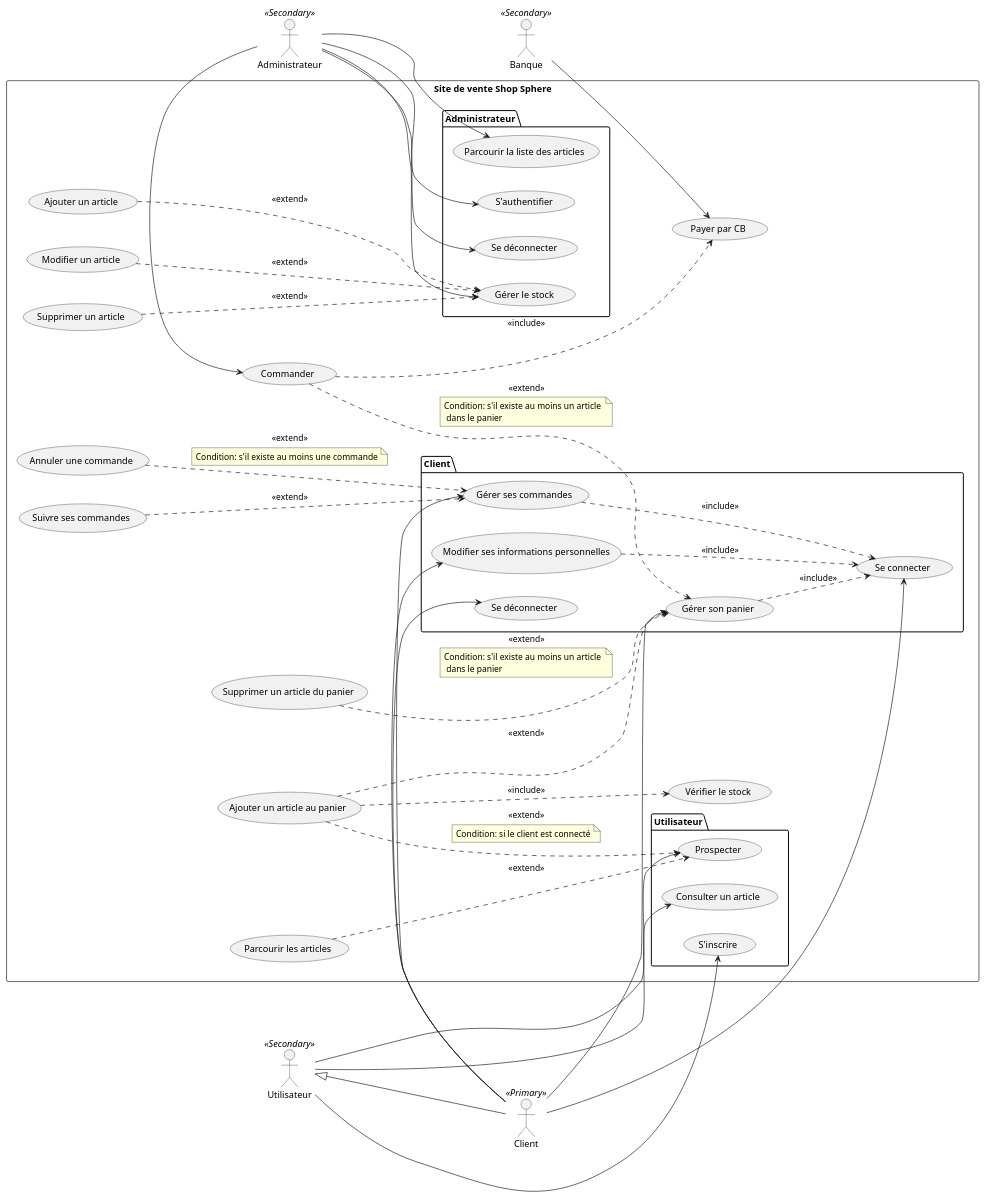
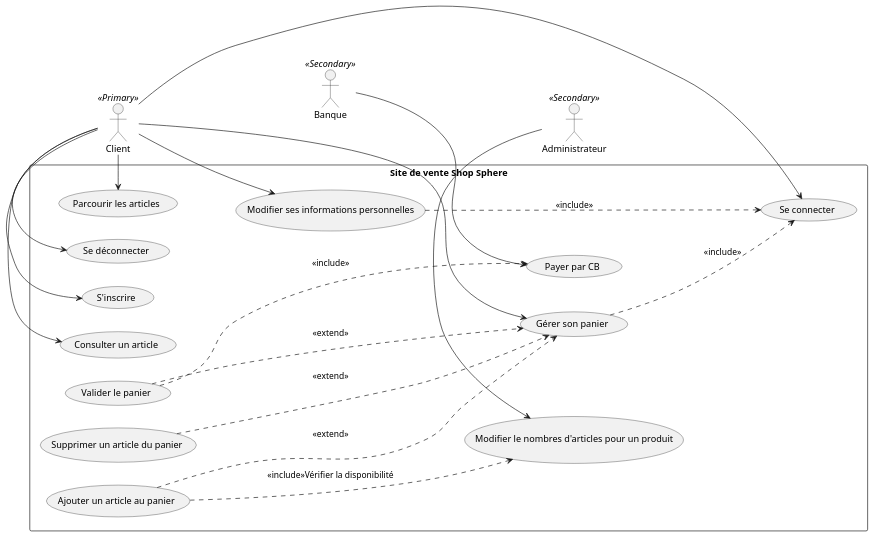
The diagram in diagrams/usecase/UseCase.puml (achrafZer/shop-sphere-backend), drawn with PlantUML before and after one commit.

Commit message:
feat : changed use-case diagram as discussed in the MR

```diff
--- a/diagrams/usecase/UseCase.puml
+++ b/diagrams/usecase/UseCase.puml
@@ -1,81 +1,49 @@
 @startuml
-
 left to right direction
 
-actor Utilisateur <<Secondary>> as User
 actor Client <<Primary>> as Customer
 actor Administrateur <<Secondary>> as Admin
 actor Banque <<Secondary>> as Bank
 
-User <|-- Customer
 
 rectangle "Site de vente Shop Sphere" {
-    package Utilisateur {
         usecase "S'inscrire" as UC1
         usecase "Consulter un article" as UC2
-        usecase "Prospecter" as UC3
-    }
     usecase "Parcourir les articles" as UC4
-    package Client {
-        usecase "Se connecter" as UC5
-        usecase "Se déconnecter" as UC6
-        usecase "Modifier ses informations personnelles" as UC7
-        usecase "Gérer ses commandes" as UC8
-        usecase "Gérer son panier" as UC9
-    }
-    usecase "Suivre ses commandes" as UC10
-    usecase "Annuler une commande" as UC11
+    usecase "Se connecter" as UC5
+    usecase "Se déconnecter" as UC6
+    usecase "Modifier ses informations personnelles" as UC7
+    usecase "Gérer son panier" as UC9
     usecase "Ajouter un article au panier" as UC12
     usecase "Supprimer un article du panier" as UC13
-    usecase "Commander" as UC14
-    usecase "Vérifier le stock" as UC15
+    usecase "Valider le panier" as UC14
+    usecase "Modifier le nombres d'articles pour un produit" as UC15
     usecase "Payer par CB" as UC16
-    package Administrateur {
-        usecase "S'authentifier" as UC17
-        usecase "Se déconnecter" as UC18
-        usecase "Parcourir la liste des articles" as UC19
-        usecase "Gérer le stock" as UC20
-    }
-    usecase "Ajouter un article" as UC21
-    usecase "Modifier un article" as UC22
-    usecase "Supprimer un article" as UC23
 }
 
-UC12 ...> UC3: <<extend>>
-note on link: Condition: si le client est connecté
-UC4 ...> UC3: <<extend>>
 UC7 ...> UC5: <<include>>
-UC8 ...> UC5: <<include>>
 UC9 ..> UC5: <<include>>
-UC10 ...> UC8: <<extend>>
-UC11 ...> UC8: <<extend>>
-note on link: Condition: s'il existe au moins une commande
 UC12 ...> UC9: <<extend>>
-UC12 ...> UC15: <<include>>
+UC12 ...> UC15: <<include>>Vérifier la disponibilité
 UC13 ...> UC9: <<extend>>
-note on link: Condition: s'il existe au moins un article \n dans le panier
 UC14 ...> UC9: <<extend>>
-note on link: Condition: s'il existe au moins un article \n dans le panier
 UC14 ...> UC16: <<include>>
-UC21 ...> UC20: <<extend>>
-UC22 ...> UC20: <<extend>>
-UC23 ...> UC20: <<extend>>
-
-User --> UC1
-User --> UC2
-User --> UC3
 
 Customer -> UC5
 Customer -> UC6
+Customer -> UC1
+Customer -> UC2
 Customer -> UC7
-Customer -> UC8
 Customer -> UC9
+Customer -> UC4
 
-Admin -> UC14
-Admin -> UC17
-Admin -> UC18
-Admin -> UC19
-Admin -> UC20
+Admin -> UC15
+
+
+
+
+
+
 
 Bank --> UC16
 @enduml
```
